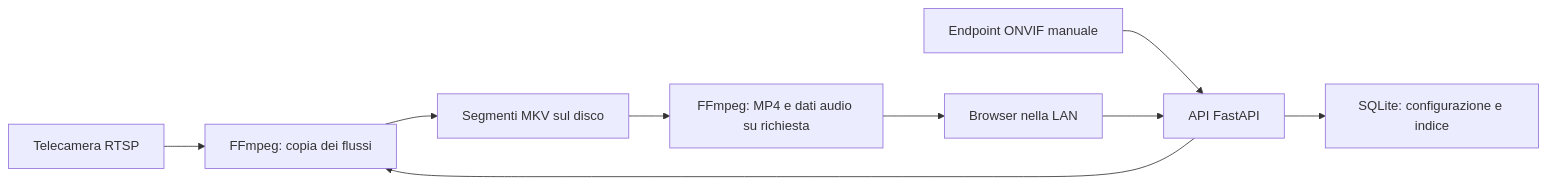
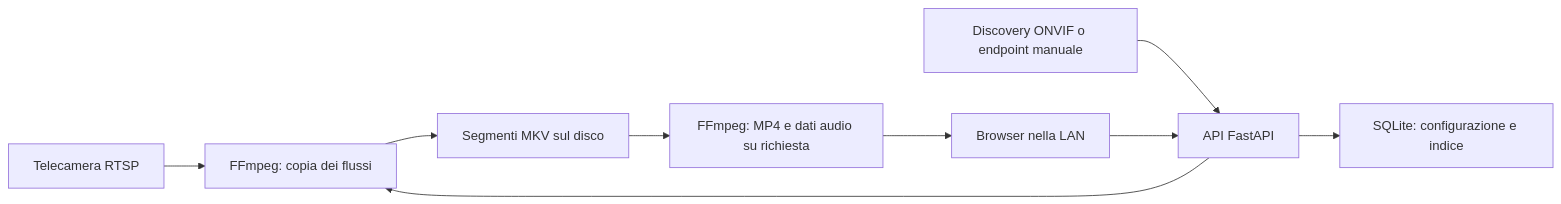
One commit to Hyperboreus85/NVR-SR81 changed the diagram in docs/architecture.md. Above: the diagram before and after it, drawn with Mermaid. The commit also changed other lines of this file and 18 other files, not shown here.

Commit message:
Add LAN ONVIF discovery, complete stream profile explorer and native updater for v0.2.0

````diff
--- a/docs/architecture.md
+++ b/docs/architecture.md
@@ -11,11 +11,11 @@
 ```mermaid
 flowchart LR
     C[Telecamera RTSP] --> F[FFmpeg: copia dei flussi]
-    O[Endpoint ONVIF manuale] --> A[API FastAPI]
+    O[Discovery ONVIF o endpoint manuale] --> A[API FastAPI]
     A --> F
     F --> D[Segmenti MKV sul disco]
     A --> S[SQLite: configurazione e indice]
     D --> P[FFmpeg: MP4 e dati audio su richiesta]
     P --> B[Browser nella LAN]
     B --> A
 ```
````
